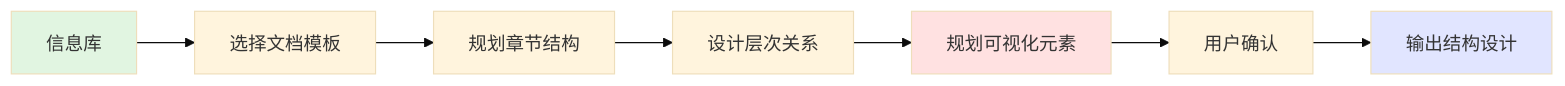
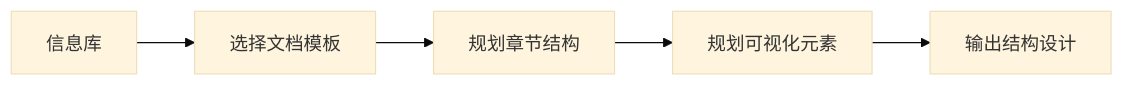
The fifth of 7 diagrams in agents/doc-writer.md (JIA-ss/agents), drawn with Mermaid (base theme) before and after one commit. The commit also changed other lines of this file and 4 other files, not shown here.

````diff
--- a/agents/doc-writer.md
+++ b/agents/doc-writer.md
@@ -214,13 +134,7 @@
 ```mermaid
 flowchart LR
     Input[信息库] --> Template[选择文档模板]
     Template --> Sections[规划章节结构]
-    Sections --> Hierarchy[设计层次关系]
-    Hierarchy --> Visual[规划可视化元素]
-    Visual --> Confirm[用户确认]
-    Confirm --> Output[输出结构设计]
-
-    style Input fill:#e1f5e1
-    style Visual fill:#ffe1e1
-    style Output fill:#e1e5ff
+    Sections --> Visual[规划可视化元素]
+    Visual --> Output[输出结构设计]
 ```
````
